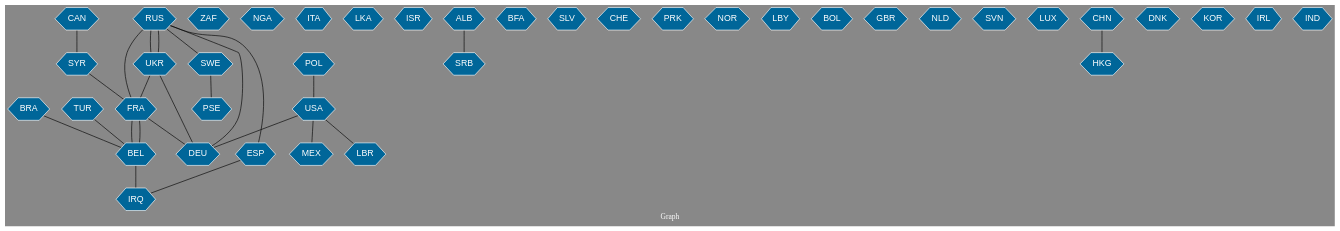
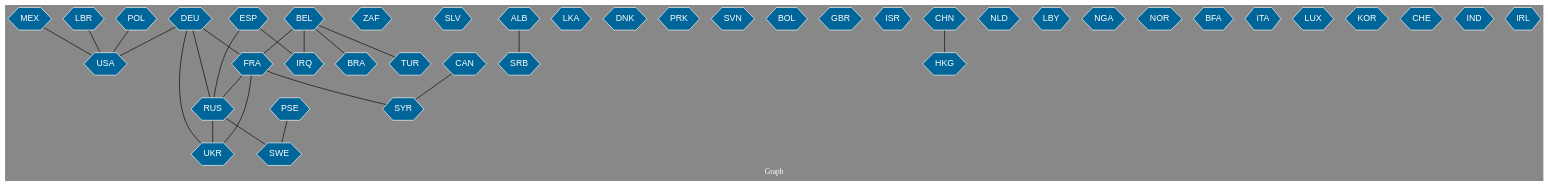
The diagram in images/fr_BEL_derheu_int/countries_together_in_item_2014-10-01 00-00-00_2014-11-01 00-00-00.gv (michal3141/geomedia), drawn with Graphviz before and after one commit. The commit also changed 1286 other files, not shown here.

Commit message:
Fixing the way graphs are created

```diff
--- a/images/fr_BEL_derheu_int/countries_together_in_item_2014-10-01 00-00-00_2014-11-01 00-00-00.gv
+++ b/images/fr_BEL_derheu_int/countries_together_in_item_2014-10-01 00-00-00_2014-11-01 00-00-00.gv
@@ -1,71 +1,69 @@
 // Countries together in item graph
 graph {
 	graph [bgcolor="#888888" fontcolor=white fontsize=12 label="Graph" outputorder=edgesfirst overlap=prism]
 	node [color=white fillcolor="#006699" fontcolor=white fontname=Helvetica shape=hexagon style=filled]
 	edge [arrowhead=open color=black fontcolor=white fontname=Courier fontsize=12]
+		USA [label=USA]
+		BEL [label=BEL]
+		ZAF [label=ZAF]
+		SLV [label=SLV]
 		FRA [label=FRA]
-		USA [label=USA]
+		CAN [label=CAN]
+		ESP [label=ESP]
+		SRB [label=SRB]
+		ALB [label=ALB]
+		RUS [label=RUS]
+		UKR [label=UKR]
+		IRQ [label=IRQ]
 		MEX [label=MEX]
-		RUS [label=RUS]
-		ZAF [label=ZAF]
-		UKR [label=UKR]
-		ESP [label=ESP]
-		IRQ [label=IRQ]
+		SYR [label=SYR]
+		LKA [label=LKA]
+		DNK [label=DNK]
+		TUR [label=TUR]
 		BRA [label=BRA]
-		BEL [label=BEL]
+		SWE [label=SWE]
+		PSE [label=PSE]
+		PRK [label=PRK]
+		SVN [label=SVN]
+		LBR [label=LBR]
+		BOL [label=BOL]
+		GBR [label=GBR]
+		ISR [label=ISR]
+		HKG [label=HKG]
+		NLD [label=NLD]
+		LBY [label=LBY]
 		NGA [label=NGA]
-		SYR [label=SYR]
-		ITA [label=ITA]
-		LKA [label=LKA]
-		ISR [label=ISR]
-		ALB [label=ALB]
-		SRB [label=SRB]
-		BFA [label=BFA]
-		CAN [label=CAN]
-		TUR [label=TUR]
-		SLV [label=SLV]
-		CHE [label=CHE]
-		PRK [label=PRK]
 		DEU [label=DEU]
 		NOR [label=NOR]
-		LBR [label=LBR]
-		LBY [label=LBY]
-		BOL [label=BOL]
-		GBR [label=GBR]
-		NLD [label=NLD]
-		SVN [label=SVN]
+		BFA [label=BFA]
+		ITA [label=ITA]
 		LUX [label=LUX]
-		HKG [label=HKG]
-		SWE [label=SWE]
-		PSE [label=PSE]
-		DNK [label=DNK]
 		KOR [label=KOR]
+		CHE [label=CHE]
+		IND [label=IND]
+		IRL [label=IRL]
+		POL [label=POL]
 		CHN [label=CHN]
-		IRL [label=IRL]
-		IND [label=IND]
-		POL [label=POL]
-			FRA -- BEL [weight=1]
-			UKR -- FRA [weight=1]
-			UKR -- DEU [weight=1]
+			PSE -- SWE [weight=1]
+			DEU -- FRA [weight=1]
+			DEU -- UKR [weight=1]
 			ALB -- SRB [weight=1]
-			UKR -- RUS [weight=7]
-			SWE -- PSE [weight=1]
-			USA -- LBR [weight=1]
-			RUS -- FRA [weight=1]
-			BRA -- BEL [weight=1]
+			DEU -- RUS [weight=1]
+			ESP -- RUS [weight=1]
+			LBR -- USA [weight=1]
+			FRA -- SYR [weight=1]
+			MEX -- USA [weight=1]
 			BEL -- IRQ [weight=2]
-			USA -- MEX [weight=1]
-			SYR -- FRA [weight=1]
-			RUS -- DEU [weight=1]
-			BEL -- FRA [weight=1]
+			BEL -- TUR [weight=1]
+			DEU -- USA [weight=1]
+			RUS -- UKR [weight=9]
+			BEL -- FRA [weight=2]
+			FRA -- RUS [weight=1]
 			CAN -- SYR [weight=1]
 			ESP -- IRQ [weight=1]
-			RUS -- UKR [weight=2]
-			TUR -- BEL [weight=1]
 			RUS -- SWE [weight=1]
-			RUS -- ESP [weight=1]
-			FRA -- DEU [weight=1]
+			BEL -- BRA [weight=1]
+			FRA -- UKR [weight=1]
 			POL -- USA [weight=1]
-			USA -- DEU [weight=1]
 			CHN -- HKG [weight=1]
 }
```
